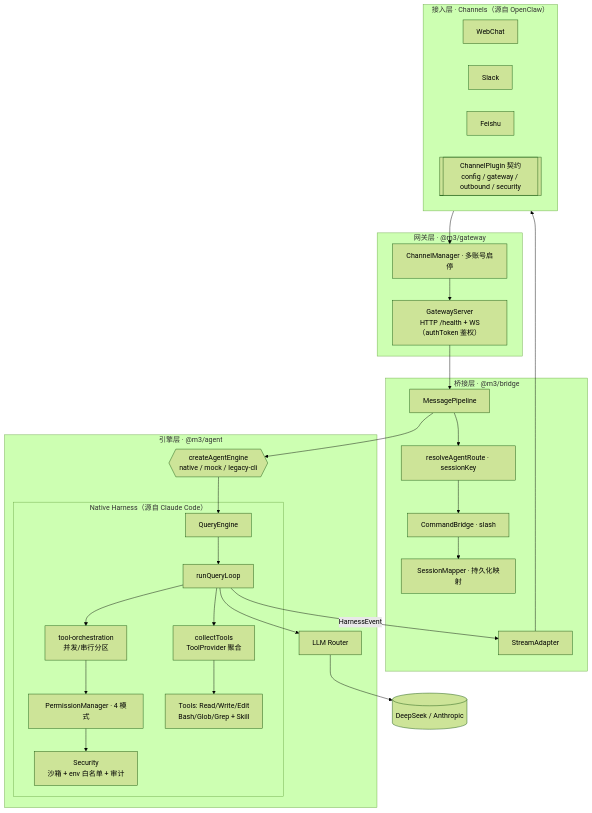
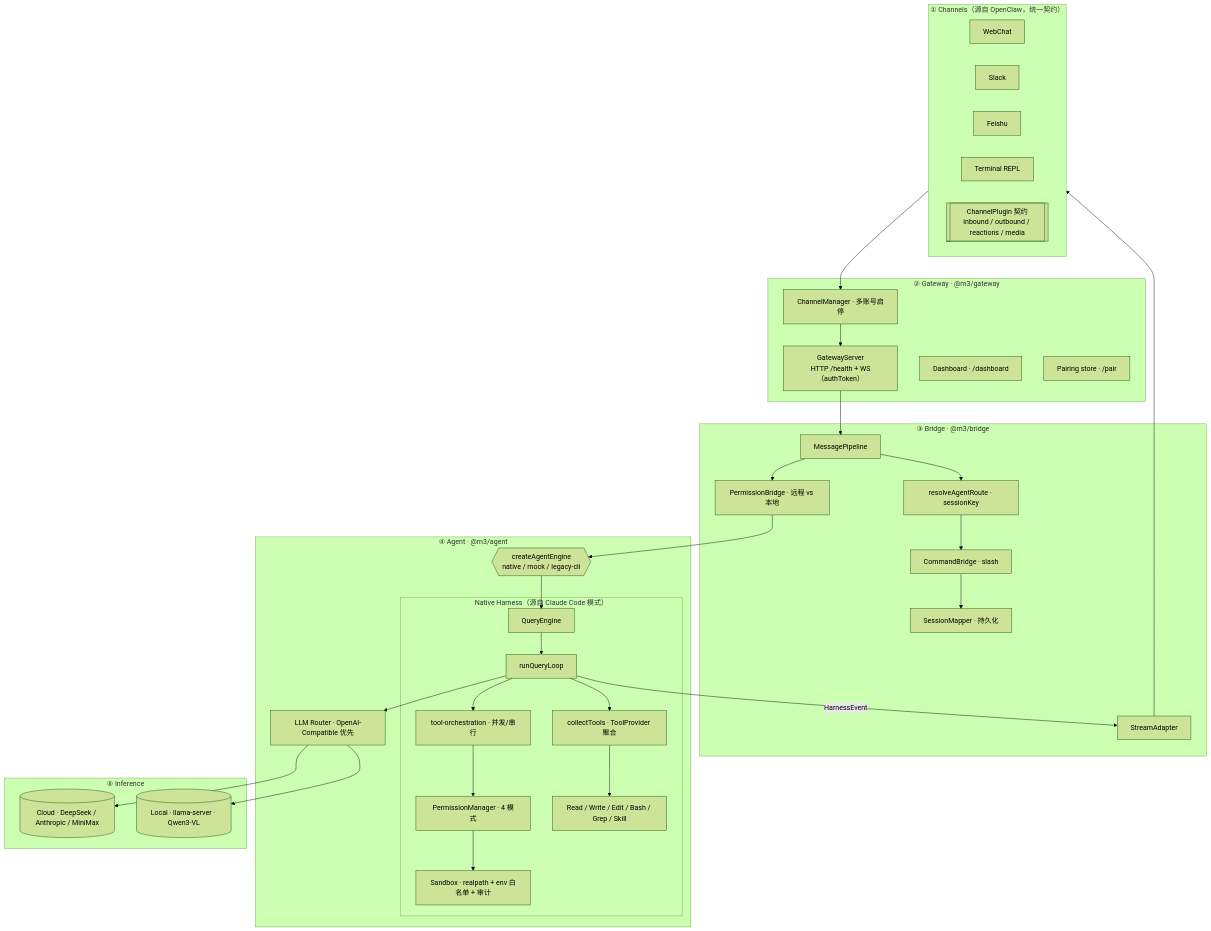
One commit to zhipengge/m3 changed the first of 3 diagrams in docs/ARCHITECTURE.md. Above: the diagram before and after it, drawn with Mermaid (forest theme). The commit also changed other lines of this file and 5 other files, not shown here.

````diff
--- a/docs/ARCHITECTURE.md
+++ b/docs/ARCHITECTURE.md
@@ -7,38 +24,46 @@
 ```mermaid
 flowchart TB
-    subgraph Access["接入层 · Channels（源自 OpenClaw）"]
-        WC[WebChat] & SL[Slack] & FS[Feishu]
-        CP[["ChannelPlugin 契约<br/>config / gateway / outbound / security"]]
+    subgraph Access["① Channels（源自 OpenClaw，统一契约）"]
+        WC[WebChat] & SL[Slack] & FS[Feishu] & TR[Terminal REPL]
+        CP[["ChannelPlugin 契约<br/>inbound / outbound / reactions / media"]]
     end
-    subgraph GW["网关层 · @m3/gateway"]
-        GS[GatewayServer<br/>HTTP /health + WS（authToken 鉴权）]
+    subgraph GW["② Gateway · @m3/gateway"]
+        GS[GatewayServer<br/>HTTP /health + WS（authToken）]
         CM[ChannelManager · 多账号启停]
+        DB[Dashboard · /dashboard]
+        PR[Pairing store · /pair]
     end
-    subgraph BR["桥接层 · @m3/bridge"]
+    subgraph BR["③ Bridge · @m3/bridge"]
         PL[MessagePipeline]
         RT[resolveAgentRoute · sessionKey]
         CB[CommandBridge · slash]
-        SM[SessionMapper · 持久化映射]
+        SM[SessionMapper · 持久化]
         SA[StreamAdapter]
+        PB[PermissionBridge · 远程 vs 本地]
     end
-    subgraph AG["引擎层 · @m3/agent"]
+    subgraph AG["④ Agent · @m3/agent"]
         FA{{createAgentEngine<br/>native / mock / legacy-cli}}
-        subgraph HN["Native Harness（源自 Claude Code）"]
+        subgraph HN["Native Harness（源自 Claude Code 模式）"]
             QE[QueryEngine] --> QL[runQueryLoop]
-            CT[collectTools<br/>ToolProvider 聚合]
-            TO[tool-orchestration<br/>并发/串行分区]
+            CT[collectTools · ToolProvider 聚合]
+            TO[tool-orchestration · 并发/串行]
             PM[PermissionManager · 4 模式]
-            SEC[Security<br/>沙箱 + env 白名单 + 审计]
-            TL[Tools: Read/Write/Edit<br/>Bash/Glob/Grep + Skill]
+            SEC[Sandbox · realpath + env 白名单 + 审计]
+            TL[Read / Write / Edit / Bash / Grep / Skill]
         end
-        LR[LLM Router]
+        LR[LLM Router · OpenAI-Compatible 优先]
+    end
+    subgraph INF["⑤ Inference"]
+        CLD[(Cloud · DeepSeek / Anthropic / MiniMax)]
+        LOC[(Local · llama-server · Qwen3-VL)]
     end
 
     Access --> CM --> GS --> PL
     PL --> RT --> CB --> SM
-    PL --> FA --> QE
+    PL --> PB --> FA --> QE
     QL --> CT --> TL
     QL --> TO --> PM --> SEC
-    QL --> LR --> EXT[(DeepSeek / Anthropic)]
+    QL --> LR --> CLD
+    LR --> LOC
     QL -- HarnessEvent --> SA --> Access
 ```
````
